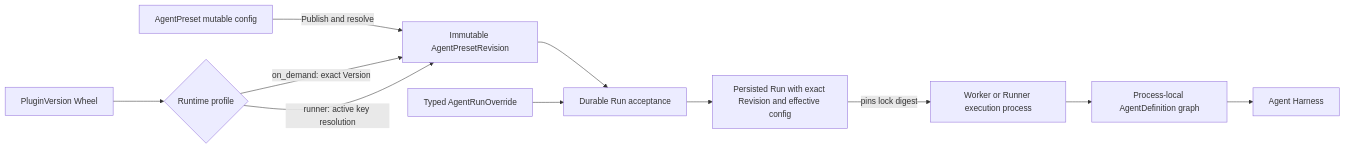
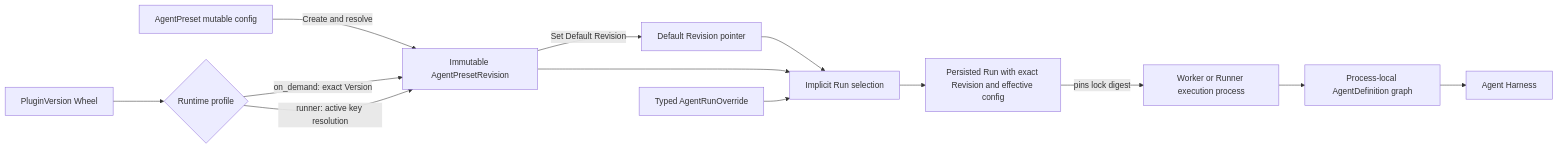
Before and after one commit to LTThreeComma/agent-foundation: the diagram in spec/foundation-service/12-agent-management.md, drawn with Mermaid. The commit also changed other lines of this file and 43 other files, not shown here.

First line of the commit message:
feat(agent-presets): separate revision creation from defaults (#103)

````diff
--- a/spec/foundation-service/12-agent-management.md
+++ b/spec/foundation-service/12-agent-management.md
@@ -11,13 +11,15 @@
 ```mermaid
 flowchart LR
-    Config[AgentPreset mutable config] -->|Publish and resolve| Revision[Immutable AgentPresetRevision]
+    Config[AgentPreset mutable config] -->|Create and resolve| Revision[Immutable AgentPresetRevision]
+    Revision -->|Set Default Revision| Default[Default Revision pointer]
     Wheel[PluginVersion Wheel] --> Selection{Runtime profile}
     Selection -->|on_demand: exact Version| Revision
     Selection -->|runner: active key resolution| Revision
-    Revision --> Acceptance[Durable Run acceptance]
+    Default --> Acceptance[Implicit Run selection]
+    Revision --> Acceptance
     Override[Typed AgentRunOverride] --> Acceptance
     Acceptance --> Run[Persisted Run with exact Revision and effective config]
     Run -->|pins lock digest| Worker[Worker or Runner execution process]
     Worker --> Definition[Process-local AgentDefinition graph]
     Definition --> Harness[Agent Harness]
 ```
````
